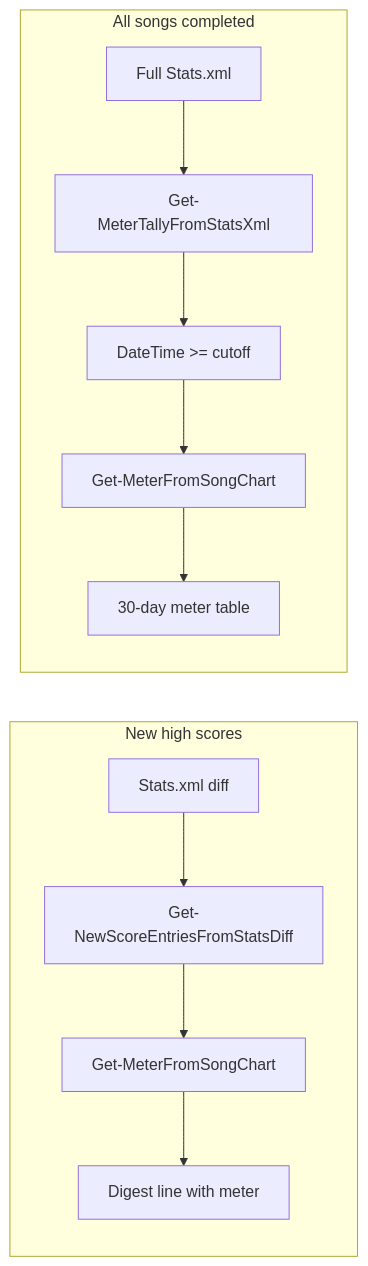
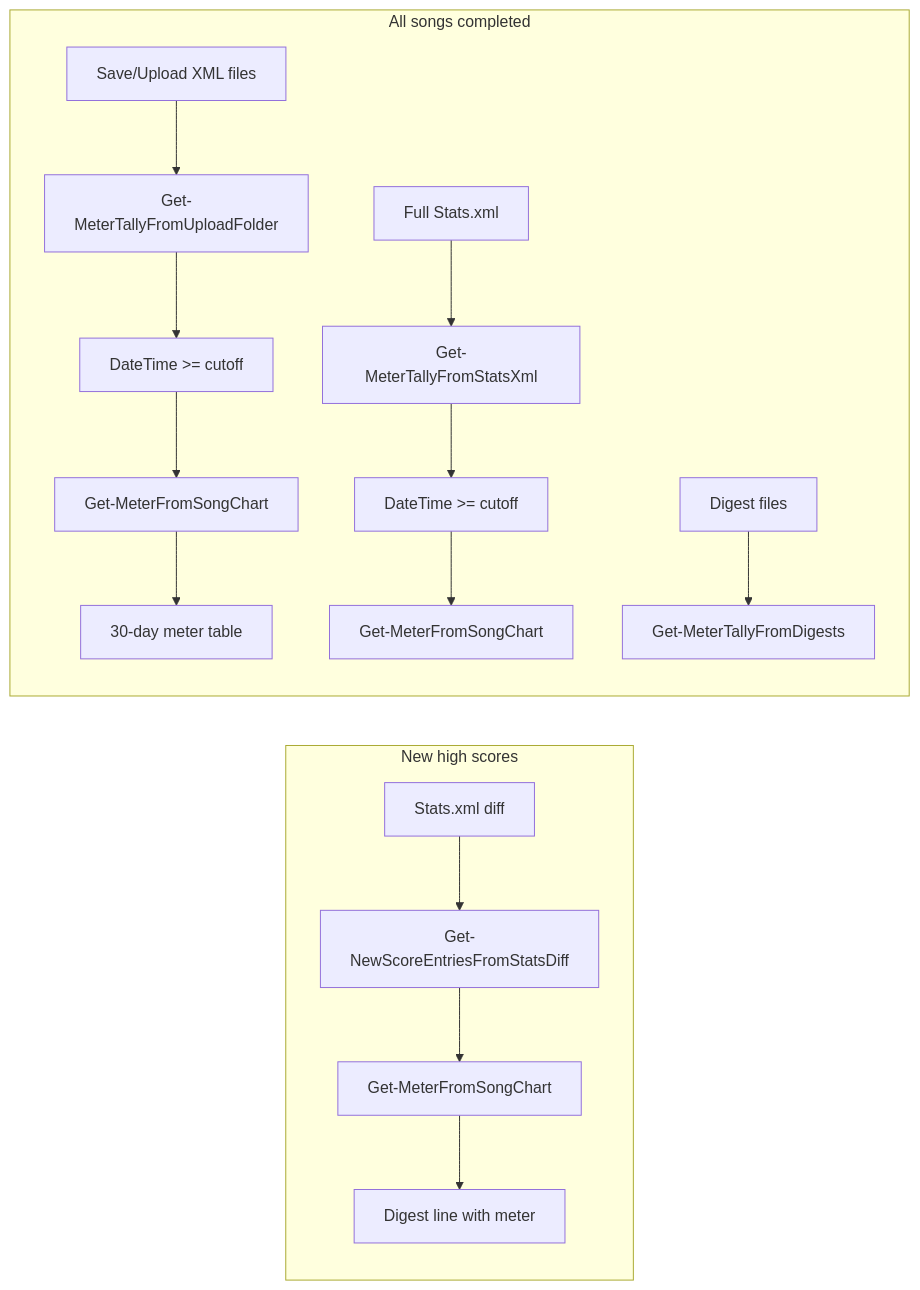
One commit to KyleGowen/itgmania-backup changed the diagram in .cursor/rules/digest-and-stats.mdc. Above: the diagram before and after it, drawn with Mermaid. The commit also changed other lines of this file and 9 other files, not shown here.

First line of the commit message:
Add Upload-based meter tally, simplify digest format

````diff
--- a/.cursor/rules/digest-and-stats.mdc
+++ b/.cursor/rules/digest-and-stats.mdc
@@ -12,15 +12,19 @@
 ```mermaid
 flowchart LR
     subgraph NewScores [New high scores]
         Diff[Stats.xml diff] --> ParseDiff[Get-NewScoreEntriesFromStatsDiff]
         ParseDiff --> MeterLookup[Get-MeterFromSongChart]
         MeterLookup --> DigestEntry[Digest line with meter]
     end
     
     subgraph AllScores [All songs completed]
+        Upload[Save/Upload XML files] --> ParseUpload[Get-MeterTallyFromUploadFolder]
+        ParseUpload --> FilterDate1[DateTime >= cutoff]
+        FilterDate1 --> MeterLookup1[Get-MeterFromSongChart]
+        MeterLookup1 --> Tally[30-day meter table]
         Stats[Full Stats.xml] --> ParseStats[Get-MeterTallyFromStatsXml]
-        ParseStats --> FilterDate[DateTime >= cutoff]
-        FilterDate --> MeterLookup2[Get-MeterFromSongChart]
-        MeterLookup2 --> Tally[30-day meter table]
+        ParseStats --> FilterDate2[DateTime >= cutoff]
+        FilterDate2 --> MeterLookup2[Get-MeterFromSongChart]
+        Digest[Digest files] --> ParseDigest[Get-MeterTallyFromDigests]
     end
 ```
````
